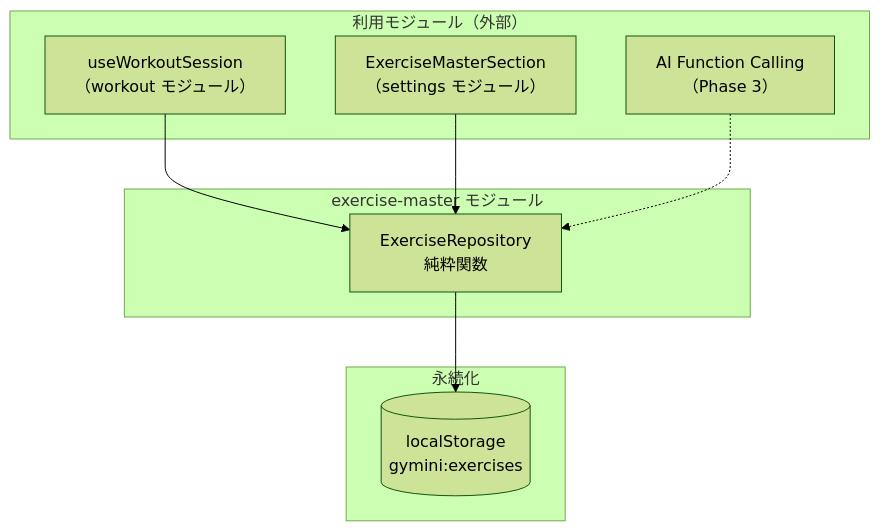
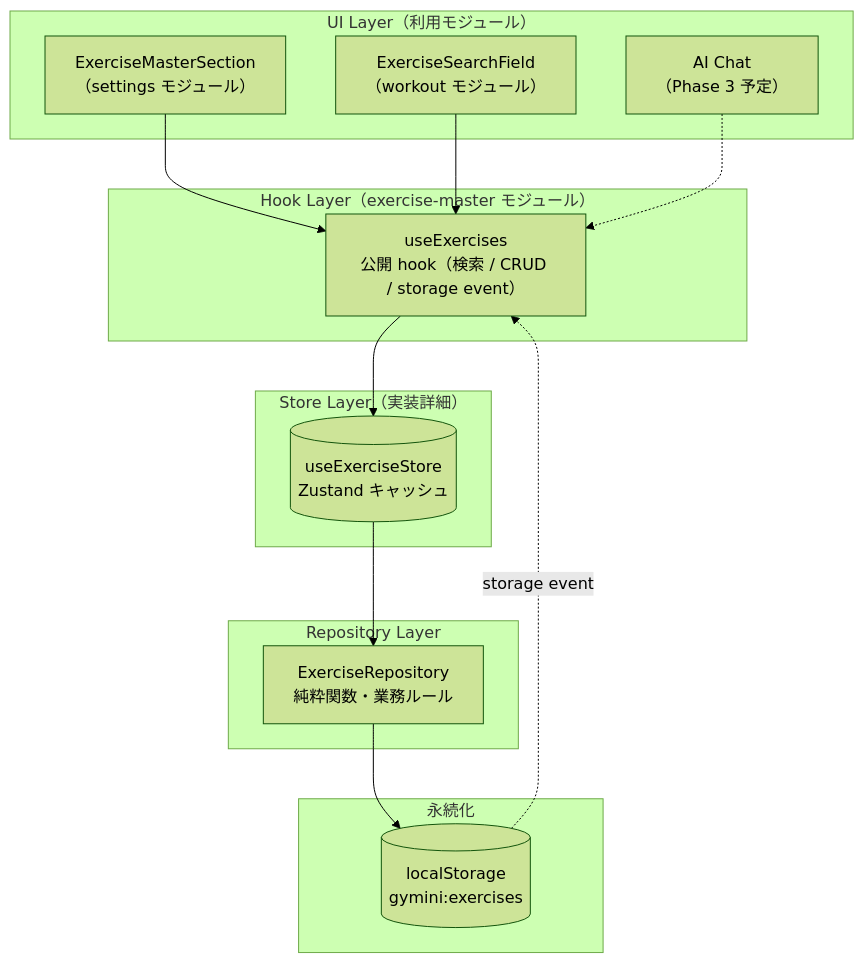
One commit to SakumaTakuya/gymini changed the diagram in .sdd/specification/exercise-master/index_design.md. Above: the diagram before and after it, drawn with Mermaid (forest theme). The commit also changed other lines of this file and 1 other file, not shown here.

First line of the commit message:
docs(exercise-master): 設計書を v2.1 に更新 (Hook 層の導入)

````diff
--- a/.sdd/specification/exercise-master/index_design.md
+++ b/.sdd/specification/exercise-master/index_design.md
@@ -62,21 +70,33 @@
 ```mermaid
 graph TD
-    subgraph "利用モジュール（外部）"
-        HWS["useWorkoutSession<br/>（workout モジュール）"]
+    subgraph "UI Layer（利用モジュール）"
         EMS["ExerciseMasterSection<br/>（settings モジュール）"]
-        AI["AI Function Calling<br/>（Phase 3）"]
+        ESF["ExerciseSearchField<br/>（workout モジュール）"]
+        AI["AI Chat<br/>（Phase 3 予定）"]
     end
 
-    subgraph "exercise-master モジュール"
-        ER[ExerciseRepository<br/>純粋関数]
+    subgraph "Hook Layer（exercise-master モジュール）"
+        UE["useExercises<br/>公開 hook（検索 / CRUD / storage event）"]
+    end
+
+    subgraph "Store Layer（実装詳細）"
+        ES[(useExerciseStore<br/>Zustand キャッシュ)]
+    end
+
+    subgraph "Repository Layer"
+        ER[ExerciseRepository<br/>純粋関数・業務ルール]
     end
 
     subgraph "永続化"
         LS[(localStorage<br/>gymini:exercises)]
     end
 
-    HWS --> ER
-    EMS --> ER
-    AI -.-> ER
+    EMS --> UE
+    ESF --> UE
+    AI -.-> UE
+    UE --> ES
+    ES --> ER
     ER --> LS
+
+    LS -.storage event.-> UE
 ```
````
